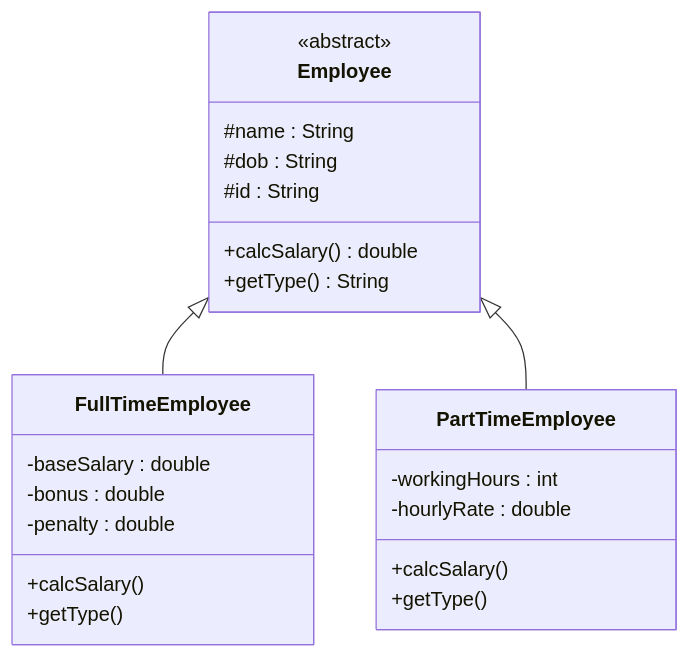
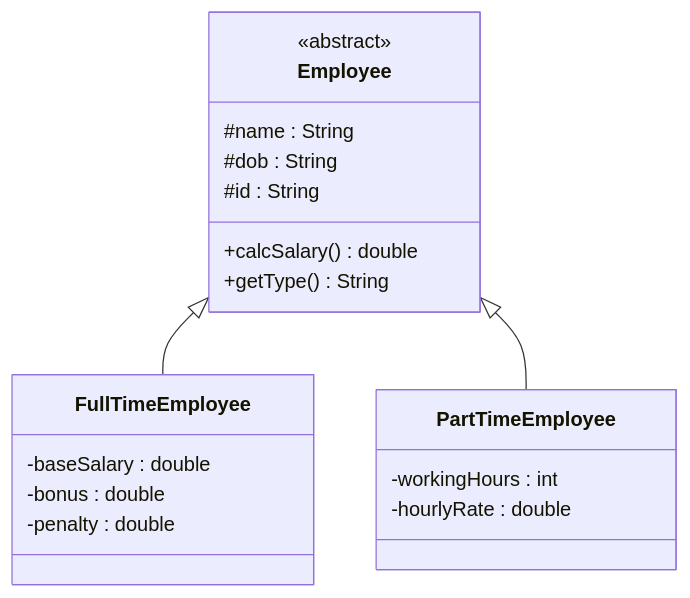
One commit to cecon123/ltnc-uet changed the diagram in Week3/Bai05/README.md. Above: the diagram before and after it, drawn with Mermaid. The commit also changed other lines of this file and 18 other files, not shown here.

````diff
--- a/Week3/Bai05/README.md
+++ b/Week3/Bai05/README.md
@@ -136,30 +125,26 @@
 ```mermaid
 classDiagram
 
 class Employee {
     <<abstract>>
     #name : String
     #dob : String
     #id : String
     +calcSalary() double
     +getType() String
 }
 
 class FullTimeEmployee {
     -baseSalary : double
     -bonus : double
     -penalty : double
-    +calcSalary()
-    +getType()
 }
 
 class PartTimeEmployee {
     -workingHours : int
     -hourlyRate : double
-    +calcSalary()
-    +getType()
 }
 
 Employee <|-- FullTimeEmployee
 Employee <|-- PartTimeEmployee
 ```
````
